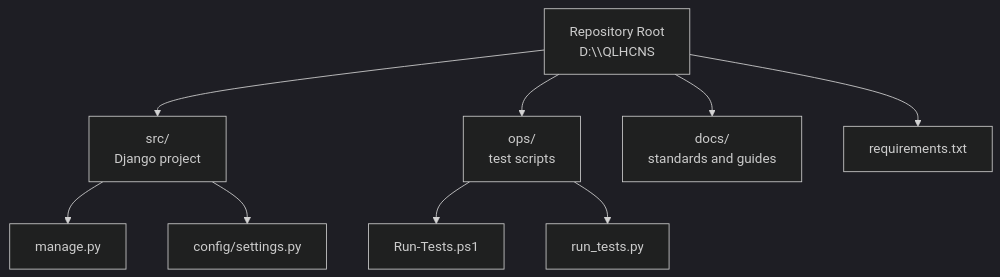
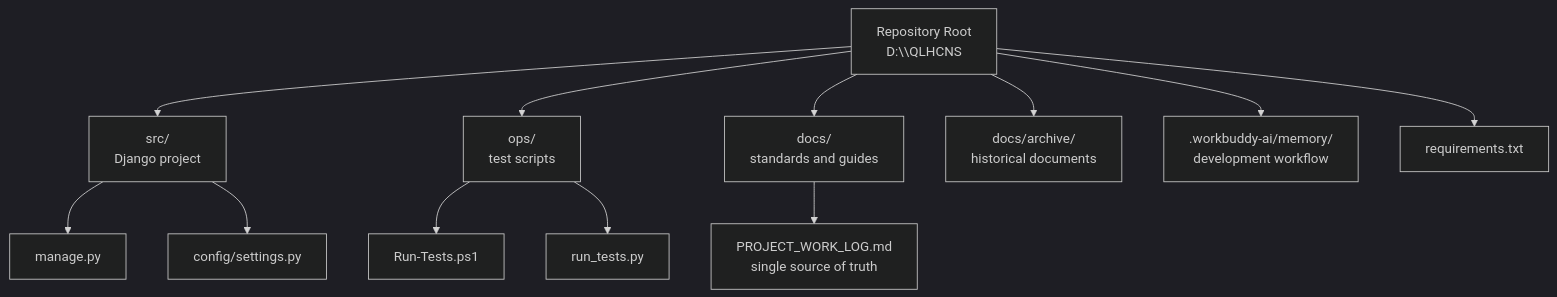
Before and after one commit to dinhtanhb/QLHCNS: the first of 8 diagrams in .qoder/repowiki/en/content/Getting Started Guide.md, drawn with Mermaid (dark theme). The commit also changed other lines of this file and 98 other files, not shown here.

````diff
--- a/.qoder/repowiki/en/content/Getting Started Guide.md
+++ b/.qoder/repowiki/en/content/Getting Started Guide.md
@@ -50,11 +69,14 @@
 ```mermaid
 graph TB
 Repo["Repository Root<br/>D:\\QLHCNS"] --> Src["src/<br/>Django project"]
 Repo --> Ops["ops/<br/>test scripts"]
 Repo --> Docs["docs/<br/>standards and guides"]
+Repo --> Archive["docs/archive/<br/>historical documents"]
+Repo --> Memory[".workbuddy-ai/memory/<br/>development workflow"]
 Src --> Manage["manage.py"]
 Src --> Config["config/settings.py"]
 Ops --> RunTestsPS["Run-Tests.ps1"]
 Ops --> RunTestsPy["run_tests.py"]
 Repo --> Requirements["requirements.txt"]
+Docs --> WorkLog["PROJECT_WORK_LOG.md<br/>single source of truth"]
 ```
````
